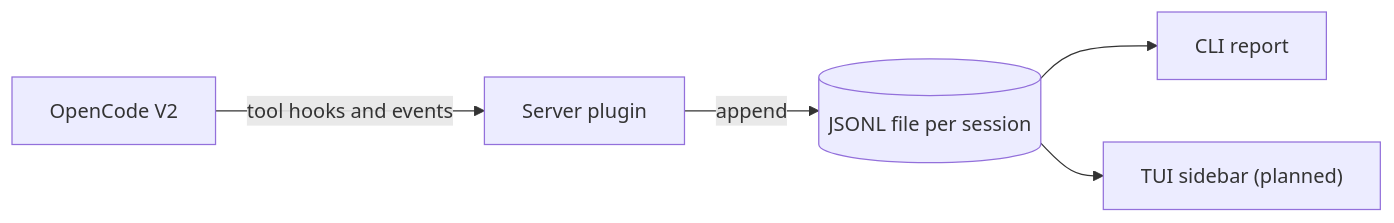
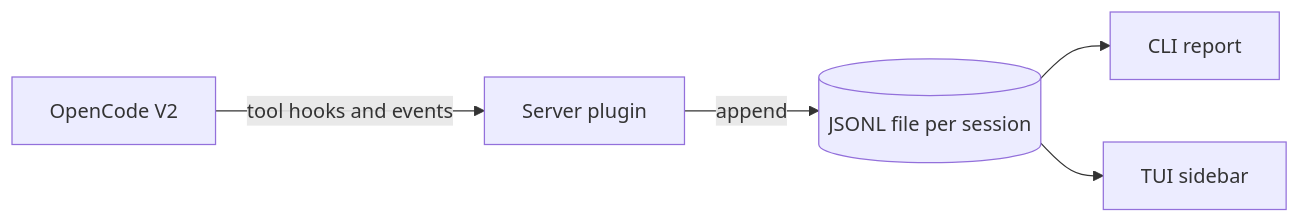
Before and after one commit to Marcen1603/opencode-footprint: the diagram in README.md, drawn with Mermaid. The commit also changed other lines of this file and 1 other file, not shown here.

````diff
--- a/README.md
+++ b/README.md
@@ -51,7 +51,7 @@
 ```mermaid
 flowchart LR
   A[OpenCode V2] -->|tool hooks and events| B[Server plugin]
   B -->|append| C[(JSONL file per session)]
   C --> D[CLI report]
-  C --> E["TUI sidebar (planned)"]
+  C --> E[TUI sidebar]
 ```
````
